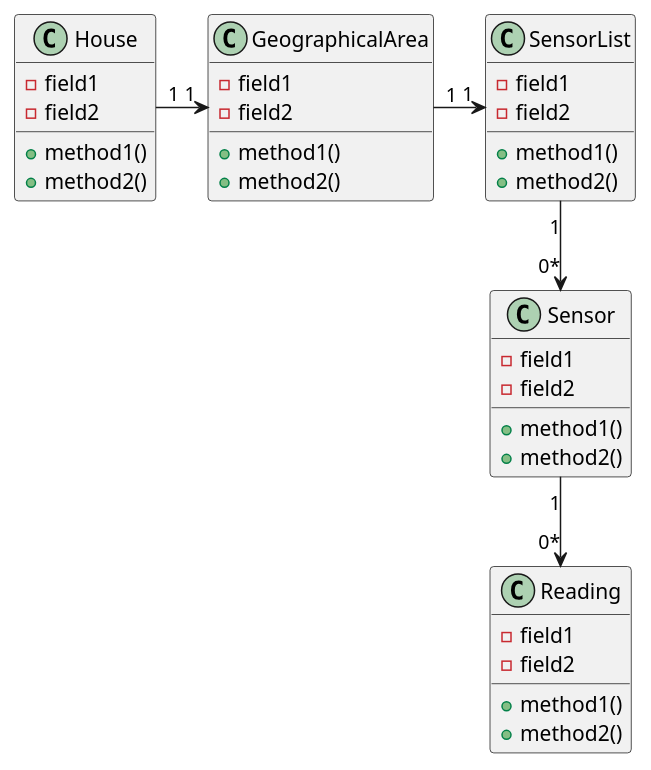
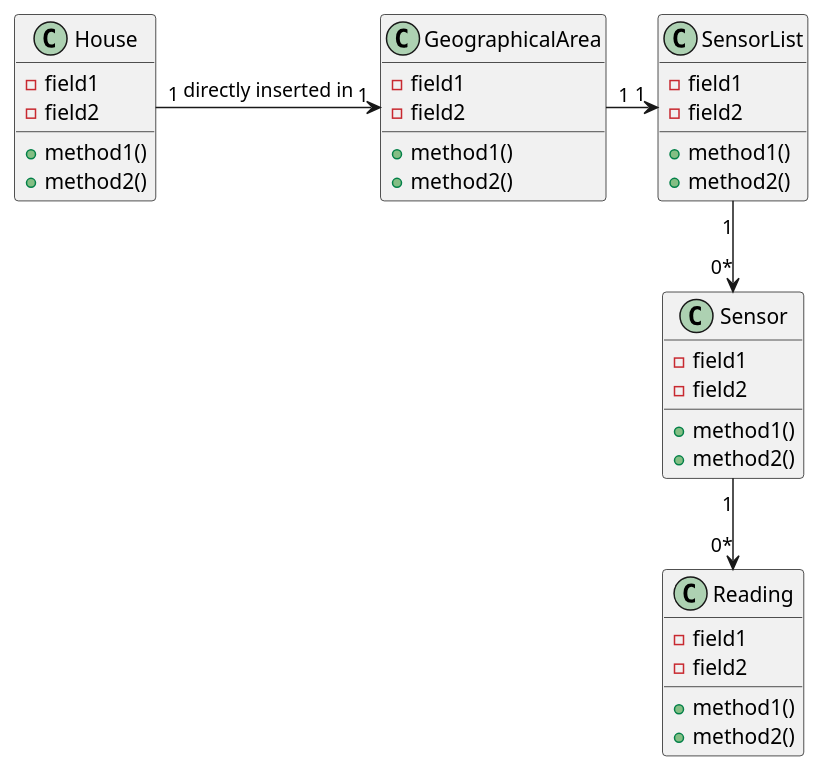
One commit to 1181687/hateoasToy changed the diagram in src/main/java/pt/ipp/isep/dei/project/controllers/getLastColdestDayHouseAreaController/CD_GetLastColdestDayHouseArea.puml. Above: the diagram before and after it, drawn with PlantUML. The commit also changed 8 other files, not shown here.

Commit message:
Changes to Class Diagrams

```diff
--- a/src/main/java/pt/ipp/isep/dei/project/controllers/getLastColdestDayHouseAreaController/CD_GetLastColdestDayHouseArea.puml
+++ b/src/main/java/pt/ipp/isep/dei/project/controllers/getLastColdestDayHouseAreaController/CD_GetLastColdestDayHouseArea.puml
@@ -1,44 +1,44 @@
 @startuml
 
-House "1" -> "1" GeographicalArea
+House "1" -> "1" GeographicalArea : directly inserted in
 GeographicalArea "1" -> "1" SensorList
 SensorList "1" --> "0*" Sensor
 Sensor "1" --> "0*" Reading
 
 
 Class House {
 -field1
 -field2
 +method1()
 +method2()
 }
 
 Class GeographicalArea {
 -field1
 -field2
 +method1()
 +method2()
 }
 
 Class SensorList {
 -field1
 -field2
 +method1()
 +method2()
 }
 
 Class Sensor {
 -field1
 -field2
 +method1()
 +method2()
 }
 
 Class Reading {
 -field1
 -field2
 +method1()
 +method2()
 }
 
 @enduml
```
